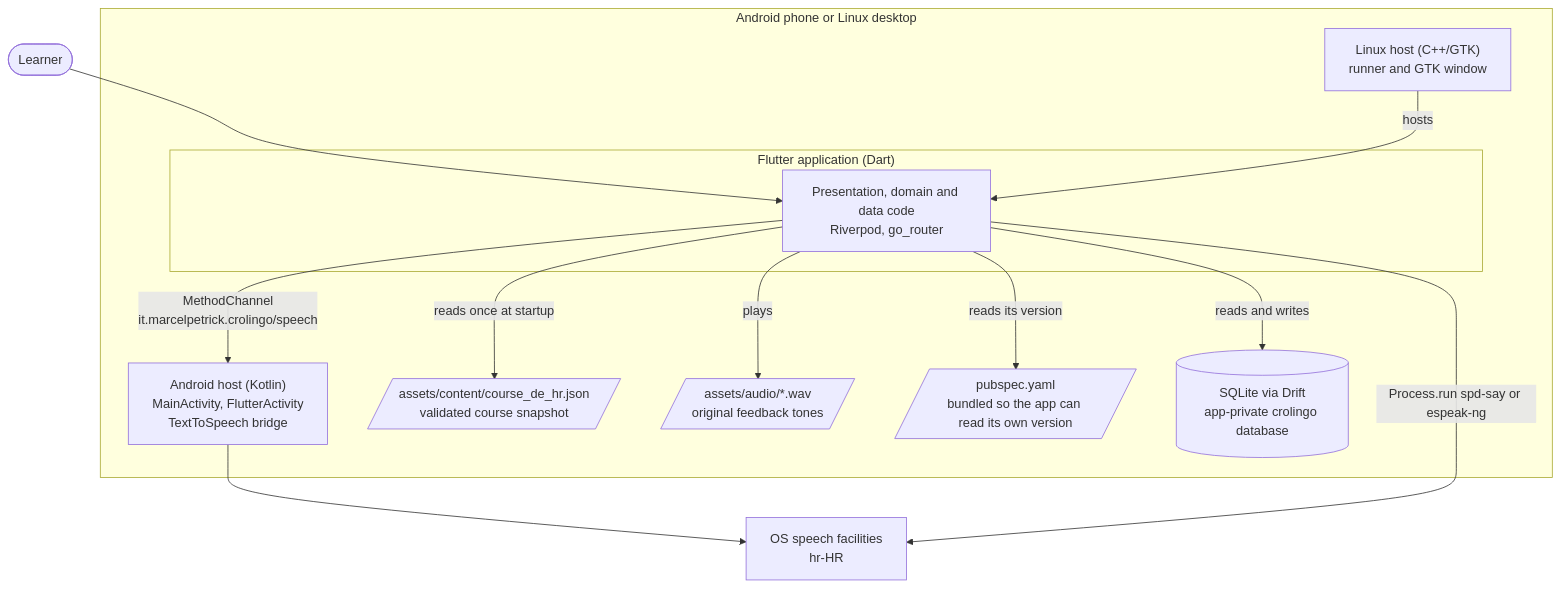
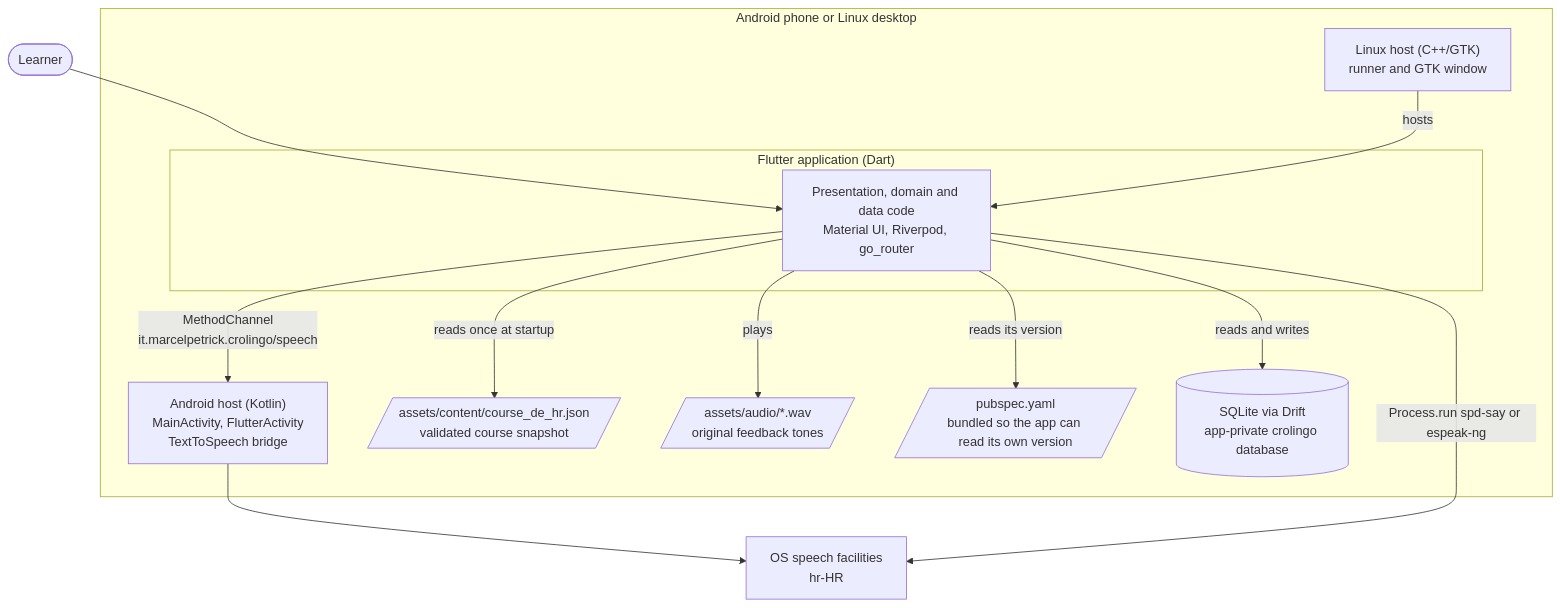
Before and after one commit to marcelpetrick/CroLingo: the second of 9 diagrams in docs/05_architecture.md, drawn with Mermaid. The commit also changed other lines of this file and 22 other files, not shown here.

````diff
--- a/docs/05_architecture.md
+++ b/docs/05_architecture.md
@@ -53,30 +53,30 @@
 ```mermaid
 flowchart TB
   Learner(["Learner"])
 
   subgraph Device["Android phone or Linux desktop"]
     subgraph FlutterApp["Flutter application (Dart)"]
-      Dart["Presentation, domain and data code<br/>Riverpod, go_router"]
+      Dart["Presentation, domain and data code<br/>Material UI, Riverpod, go_router"]
     end
 
     AndroidHost["Android host (Kotlin)<br/>MainActivity, FlutterActivity<br/>TextToSpeech bridge"]
     LinuxHost["Linux host (C++/GTK)<br/>runner and GTK window"]
 
     CourseAsset[/"assets/content/course_de_hr.json<br/>validated course snapshot"/]
     ToneAssets[/"assets/audio/*.wav<br/>original feedback tones"/]
     Manifest[/"pubspec.yaml<br/>bundled so the app can read its own version"/]
     Database[("SQLite via Drift<br/>app-private crolingo database")]
   end
 
   OsTts["OS speech facilities<br/>hr-HR"]
 
   Learner --> Dart
   LinuxHost -->|"hosts"| Dart
   Dart -->|"MethodChannel<br/>it.marcelpetrick.crolingo/speech"| AndroidHost
   AndroidHost --> OsTts
   Dart -->|"Process.run spd-say or espeak-ng"| OsTts
   Dart -->|"reads once at startup"| CourseAsset
   Dart -->|"plays"| ToneAssets
   Dart -->|"reads its version"| Manifest
   Dart -->|"reads and writes"| Database
 ```
````
